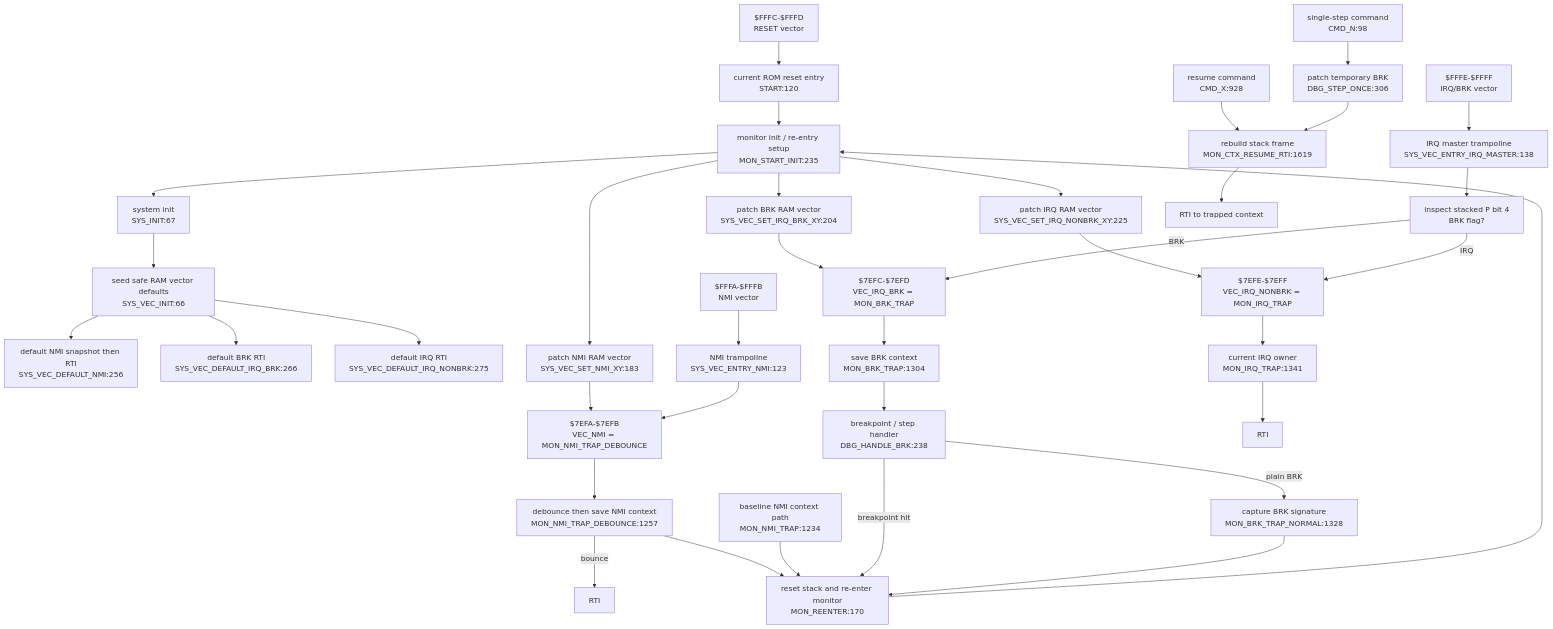
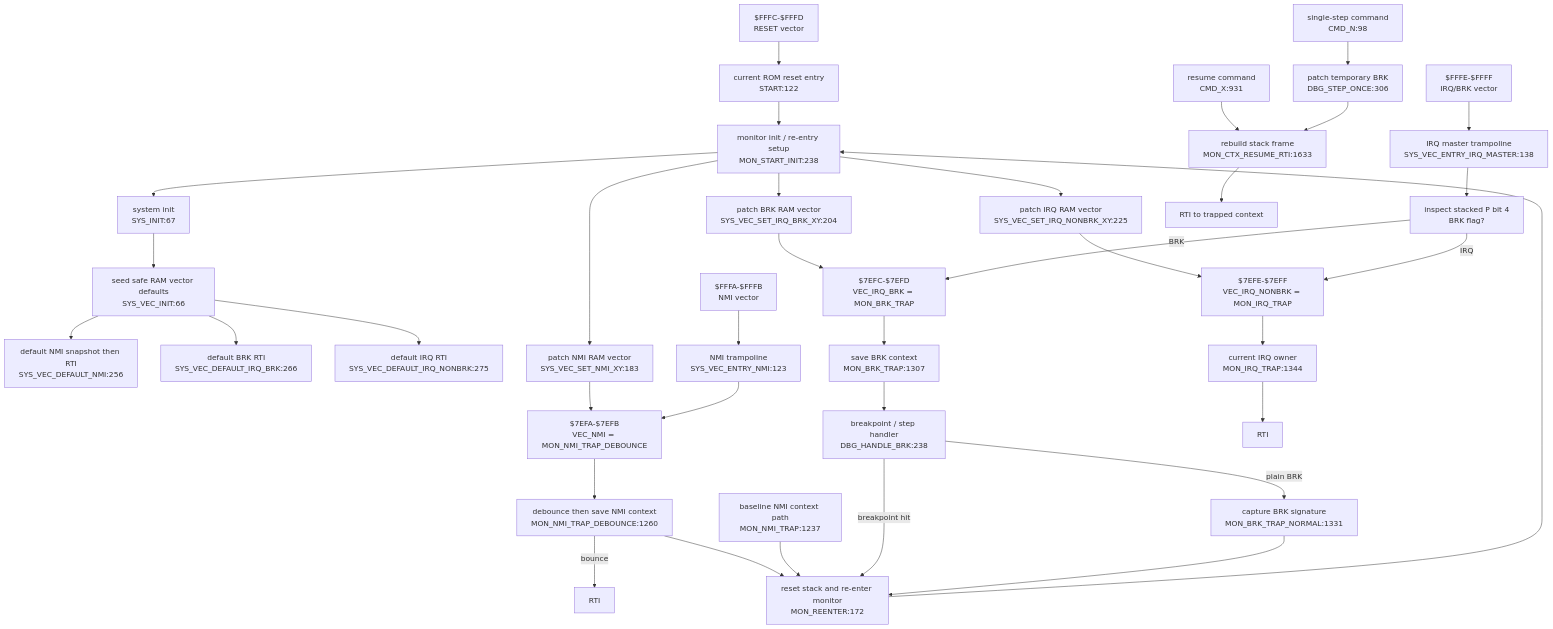
One commit to 95westus/R-YORS changed the diagram in DOC/GENERATED/INTERRUPT_VECTOR_MAP.md. Above: the diagram before and after it, drawn with Mermaid. The commit also changed other lines of this file and 19 other files, not shown here.

````diff
--- a/DOC/GENERATED/INTERRUPT_VECTOR_MAP.md
+++ b/DOC/GENERATED/INTERRUPT_VECTOR_MAP.md
@@ -25,42 +25,42 @@
 ```mermaid
 flowchart TD
-    RESETV["$FFFC-$FFFD<br/>RESET vector"] --> STARTN["current ROM reset entry<br/>START:120"]
-    STARTN --> INIT["monitor init / re-entry setup<br/>MON_START_INIT:235"]
+    RESETV["$FFFC-$FFFD<br/>RESET vector"] --> STARTN["current ROM reset entry<br/>START:122"]
+    STARTN --> INIT["monitor init / re-entry setup<br/>MON_START_INIT:238"]
     INIT --> SYSINIT["system init<br/>SYS_INIT:67"]
     SYSINIT --> VECINIT["seed safe RAM vector defaults<br/>SYS_VEC_INIT:66"]
     VECINIT --> DEFNMI["default NMI snapshot then RTI<br/>SYS_VEC_DEFAULT_NMI:256"]
     VECINIT --> DEFBRK["default BRK RTI<br/>SYS_VEC_DEFAULT_IRQ_BRK:266"]
     VECINIT --> DEFIRQ["default IRQ RTI<br/>SYS_VEC_DEFAULT_IRQ_NONBRK:275"]
 
     INIT --> SETNMI["patch NMI RAM vector<br/>SYS_VEC_SET_NMI_XY:183"]
     INIT --> SETBRK["patch BRK RAM vector<br/>SYS_VEC_SET_IRQ_BRK_XY:204"]
     INIT --> SETIRQ["patch IRQ RAM vector<br/>SYS_VEC_SET_IRQ_NONBRK_XY:225"]
     SETNMI --> VECNMI["$7EFA-$7EFB<br/>VEC_NMI = MON_NMI_TRAP_DEBOUNCE"]
     SETBRK --> VECBRK["$7EFC-$7EFD<br/>VEC_IRQ_BRK = MON_BRK_TRAP"]
     SETIRQ --> VECIRQ["$7EFE-$7EFF<br/>VEC_IRQ_NONBRK = MON_IRQ_TRAP"]
 
     NMIV["$FFFA-$FFFB<br/>NMI vector"] --> NMIENTRY["NMI trampoline<br/>SYS_VEC_ENTRY_NMI:123"]
     NMIENTRY --> VECNMI
-    VECNMI --> NMITRAP["debounce then save NMI context<br/>MON_NMI_TRAP_DEBOUNCE:1257"]
+    VECNMI --> NMITRAP["debounce then save NMI context<br/>MON_NMI_TRAP_DEBOUNCE:1260"]
     NMITRAP -->|bounce| RTINMI["RTI"]
-    NMITRAP --> REENTER["reset stack and re-enter monitor<br/>MON_REENTER:170"]
-    NMIBASE["baseline NMI context path<br/>MON_NMI_TRAP:1234"] --> REENTER
+    NMITRAP --> REENTER["reset stack and re-enter monitor<br/>MON_REENTER:172"]
+    NMIBASE["baseline NMI context path<br/>MON_NMI_TRAP:1237"] --> REENTER
     REENTER --> INIT
 
     IRQV["$FFFE-$FFFF<br/>IRQ/BRK vector"] --> IRQMASTER["IRQ master trampoline<br/>SYS_VEC_ENTRY_IRQ_MASTER:138"]
     IRQMASTER --> SPLIT["inspect stacked P bit 4<br/>BRK flag?"]
     SPLIT -->|BRK| VECBRK
     SPLIT -->|IRQ| VECIRQ
-    VECBRK --> BRKTRAP["save BRK context<br/>MON_BRK_TRAP:1304"]
+    VECBRK --> BRKTRAP["save BRK context<br/>MON_BRK_TRAP:1307"]
     BRKTRAP --> DBGBRK["breakpoint / step handler<br/>DBG_HANDLE_BRK:238"]
     DBGBRK -->|breakpoint hit| REENTER
-    DBGBRK -->|plain BRK| BRKNORMAL["capture BRK signature<br/>MON_BRK_TRAP_NORMAL:1328"]
+    DBGBRK -->|plain BRK| BRKNORMAL["capture BRK signature<br/>MON_BRK_TRAP_NORMAL:1331"]
     BRKNORMAL --> REENTER
-    VECIRQ --> IRQTRAP["current IRQ owner<br/>MON_IRQ_TRAP:1341"]
+    VECIRQ --> IRQTRAP["current IRQ owner<br/>MON_IRQ_TRAP:1344"]
     IRQTRAP --> RTIIRQ["RTI"]
 
-    CMDX["resume command<br/>CMD_X:928"] --> RESUME["rebuild stack frame<br/>MON_CTX_RESUME_RTI:1619"]
+    CMDX["resume command<br/>CMD_X:931"] --> RESUME["rebuild stack frame<br/>MON_CTX_RESUME_RTI:1633"]
     CMDN["single-step command<br/>CMD_N:98"] --> STEP["patch temporary BRK<br/>DBG_STEP_ONCE:306"]
     STEP --> RESUME
     RESUME --> RTIRES["RTI to trapped context"]
 ```
````
